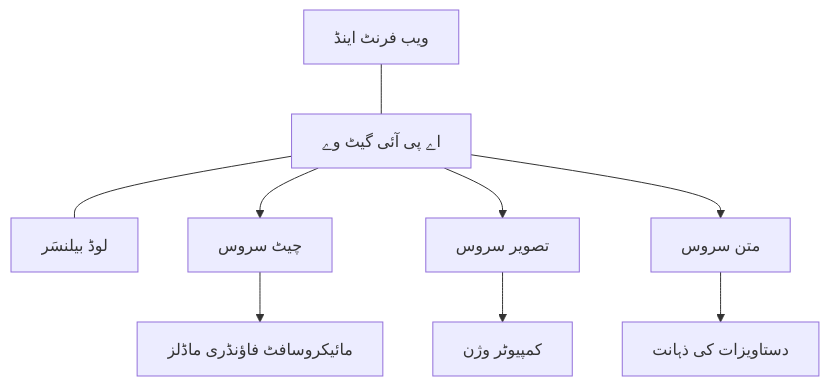
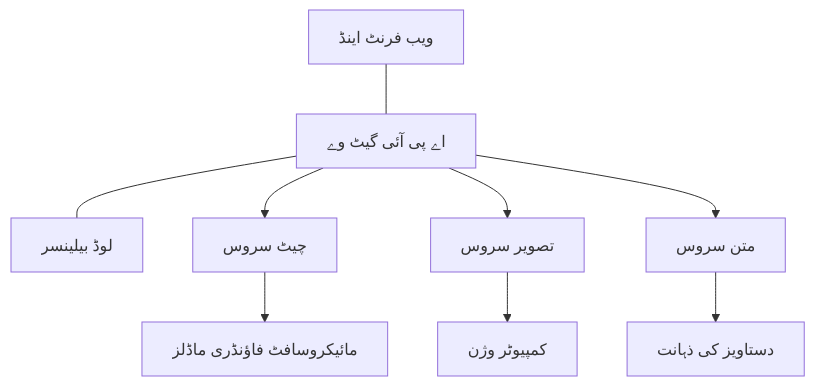
Before and after one commit to microsoft/AZD-for-beginners: the diagram in translations/ur/docs/chapter-08-production/production-ai-practices.md, drawn with Mermaid. The commit also changed other lines of this file and 101 other files, not shown here.

````diff
--- a/translations/ur/docs/chapter-08-production/production-ai-practices.md
+++ b/translations/ur/docs/chapter-08-production/production-ai-practices.md
@@ -30,10 +30,10 @@
 ```mermaid
 graph TD
-    Frontend[ویب فرنٹ اینڈ] --- Gateway[اے پی آئی گیٹ وے] --- LB[لوڈ بیلنسَر]
+    Frontend[ویب فرنٹ اینڈ] --- Gateway[اے پی آئی گیٹ وے] --- LB[لوڈ بیلینسر]
     Gateway --> Chat[چیٹ سروس]
     Gateway --> Image[تصویر سروس]
     Gateway --> Text[متن سروس]
     Chat --> OpenAI[مائیکروسافٹ فاؤنڈری ماڈلز]
     Image --> Vision[کمپیوٹر وژن]
-    Text --> DocIntel[دستاویزات کی ذہانت]
+    Text --> DocIntel[دستاویز کی ذہانت]
 ```
````
